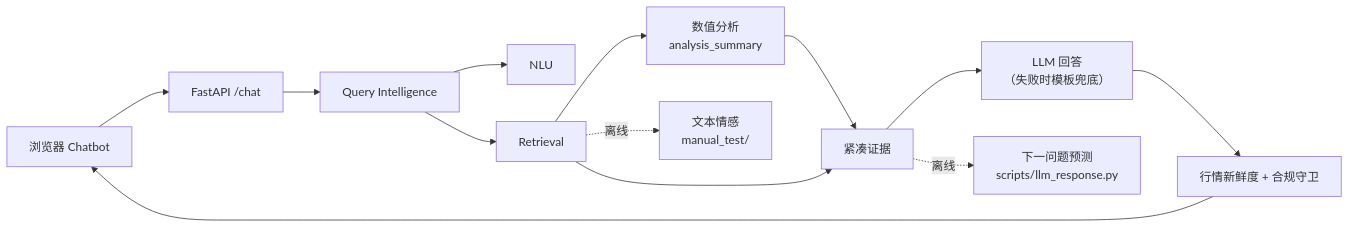
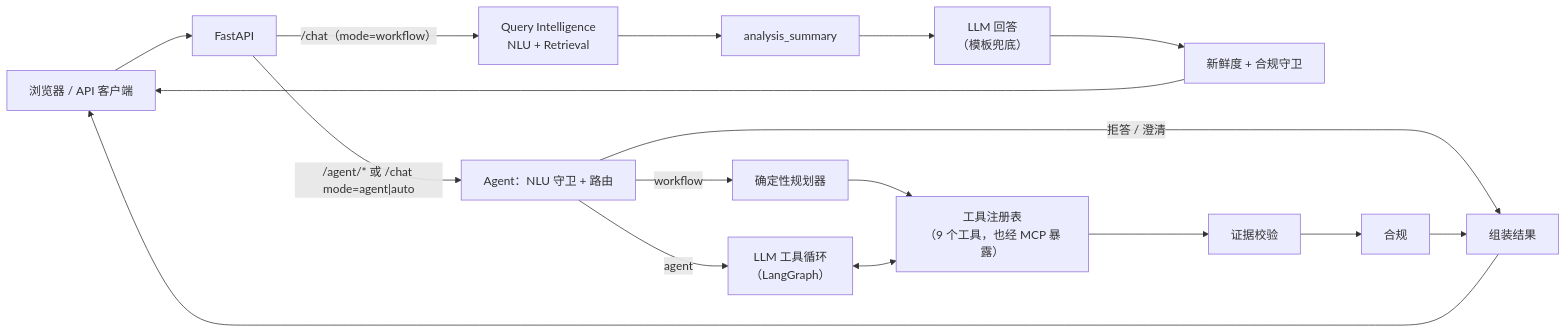
One commit to beautifulrem/FinSight changed the diagram in README_CN.md. Above: the diagram before and after it, drawn with Mermaid. The commit also changed other lines of this file and 4 other files, not shown here.

````diff
--- a/README_CN.md
+++ b/README_CN.md
@@ -36,15 +38,11 @@
 ```mermaid
 flowchart LR
-  A["浏览器 Chatbot"] --> B["FastAPI /chat"]
-  B --> C["Query Intelligence"]
-  C --> C1["NLU"]
-  C --> C2["Retrieval"]
-  C2 --> D["数值分析<br/>analysis_summary"]
-  D --> F["紧凑证据"]
-  C2 --> F
-  F --> G["LLM 回答<br/>（失败时模板兜底）"]
-  G --> H["行情新鲜度 + 合规守卫"]
-  H --> A
-  C2 -.离线.-> E["文本情感<br/>manual_test/"]
-  F -.离线.-> P["下一问题预测<br/>scripts/llm_response.py"]
+  A["浏览器 / API 客户端"] --> B["FastAPI"]
+  B -->|"/chat（mode=workflow）"| C["Query Intelligence<br/>NLU + Retrieval"]
+  C --> D["analysis_summary"] --> G["LLM 回答<br/>（模板兜底）"] --> H["新鲜度 + 合规守卫"] --> A
+  B -->|"/agent/* 或 /chat mode=agent|auto"| R["Agent：NLU 守卫 + 路由"]
+  R -->|拒答 / 澄清| F["组装结果"]
+  R -->|workflow| P["确定性规划器"] --> T["工具注册表<br/>（9 个工具，也经 MCP 暴露）"]
+  R -->|agent| L["LLM 工具循环<br/>（LangGraph）"] <--> T
+  T --> V["证据校验"] --> K["合规"] --> F --> A
 ```
````
